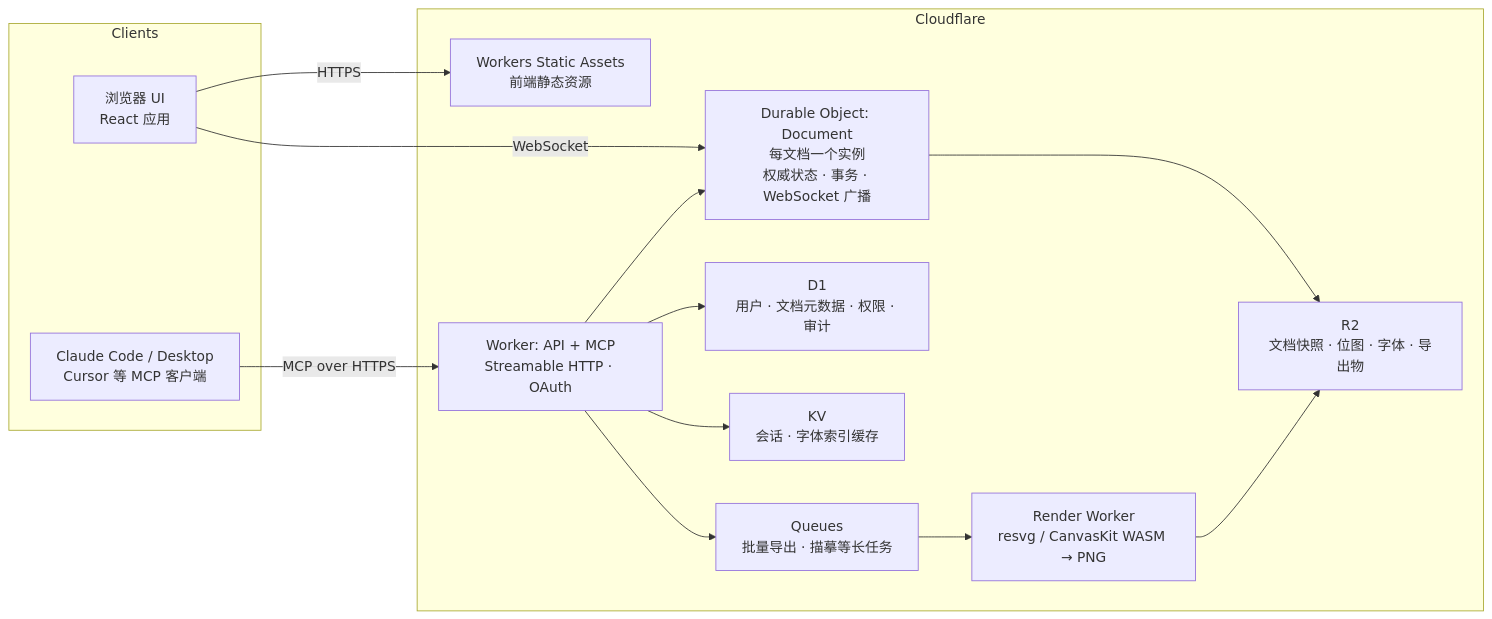
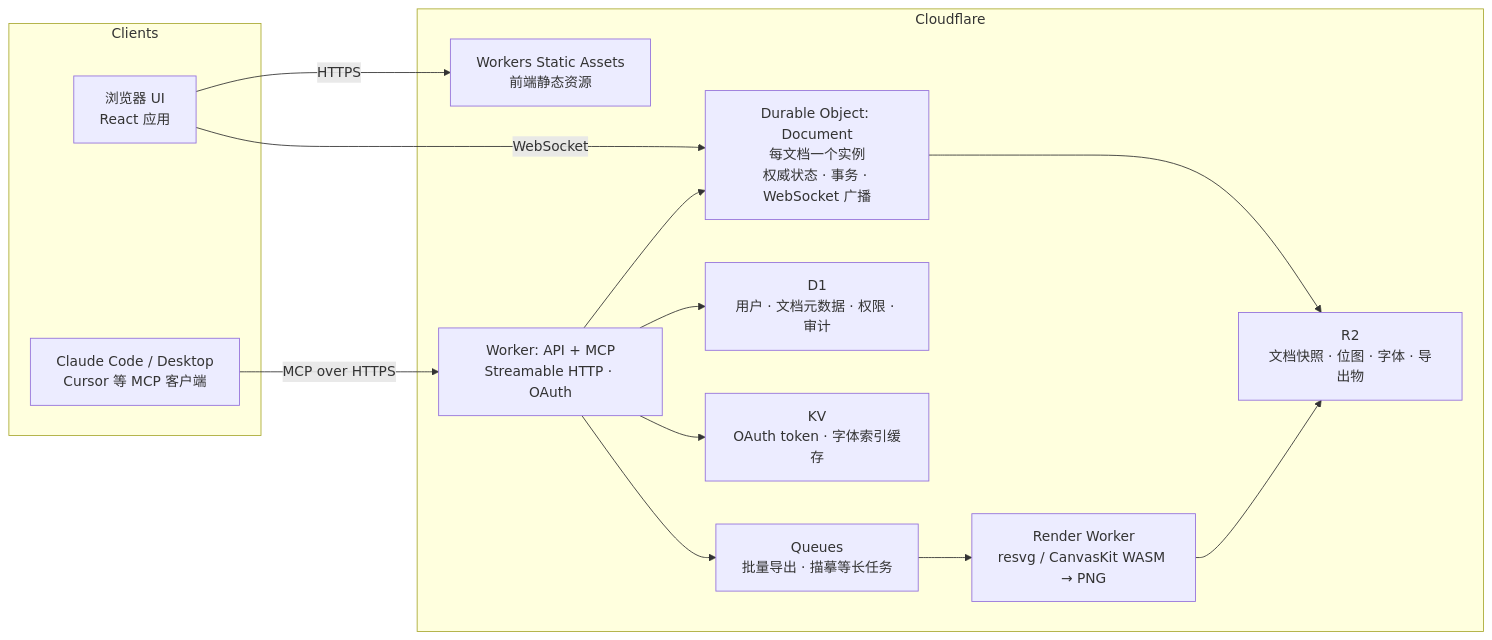
Before and after one commit to 286486/sable: the first of 2 diagrams in docs/REQUIREMENTS.md, drawn with Mermaid. The commit also changed other lines of this file and 13 other files, not shown here.

````diff
--- a/docs/REQUIREMENTS.md
+++ b/docs/REQUIREMENTS.md
@@ -461,27 +465,27 @@
 ```mermaid
 flowchart LR
   subgraph Clients
     A[Claude Code / Desktop<br/>Cursor 等 MCP 客户端]
     B[浏览器 UI<br/>React 应用]
   end
   subgraph Cloudflare
     CDN[Workers Static Assets<br/>前端静态资源]
     W[Worker: API + MCP<br/>Streamable HTTP · OAuth]
     DO[Durable Object: Document<br/>每文档一个实例<br/>权威状态 · 事务 · WebSocket 广播]
     R2[R2<br/>文档快照 · 位图 · 字体 · 导出物]
     D1[D1<br/>用户 · 文档元数据 · 权限 · 审计]
-    KV[KV<br/>会话 · 字体索引缓存]
+    KV[KV<br/>OAuth token · 字体索引缓存]
     Q[Queues<br/>批量导出 · 描摹等长任务]
     RW[Render Worker<br/>resvg / CanvasKit WASM → PNG]
   end
   A -- MCP over HTTPS --> W
   B -- HTTPS --> CDN
   B -- WebSocket --> DO
   W --> DO
   DO --> R2
   W --> D1
   W --> KV
   W --> Q
   Q --> RW
   RW --> R2
 ```
````
